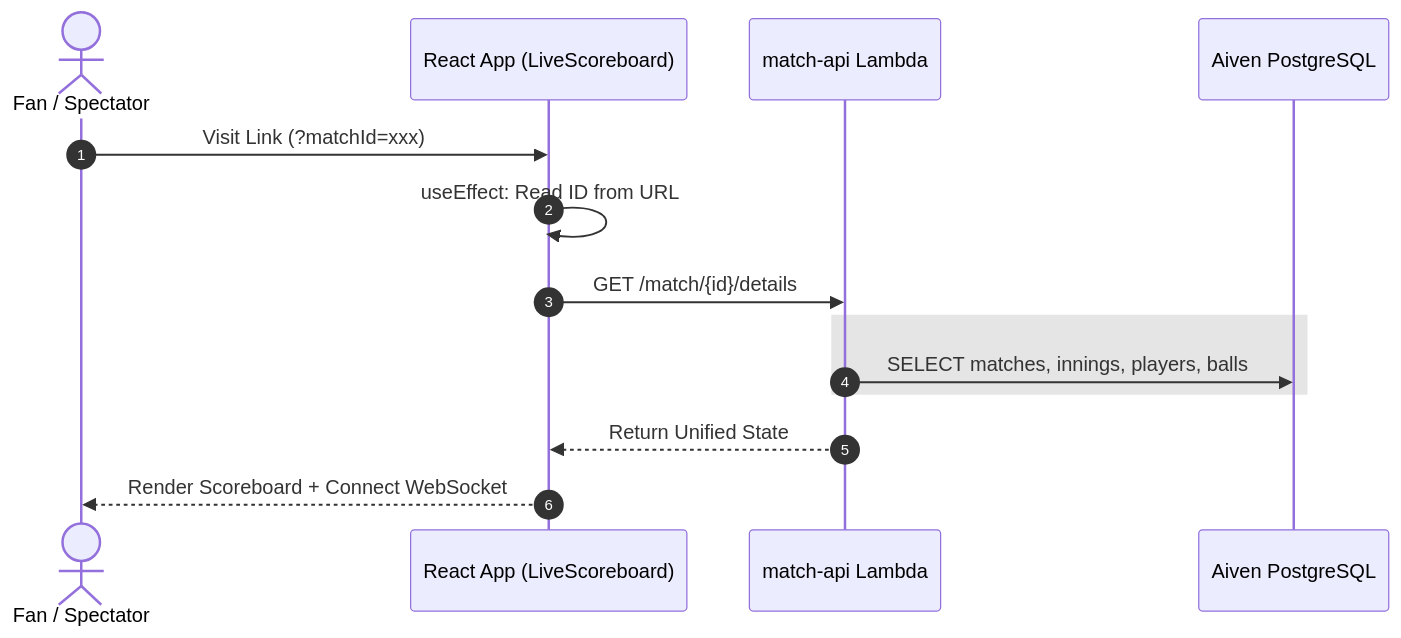
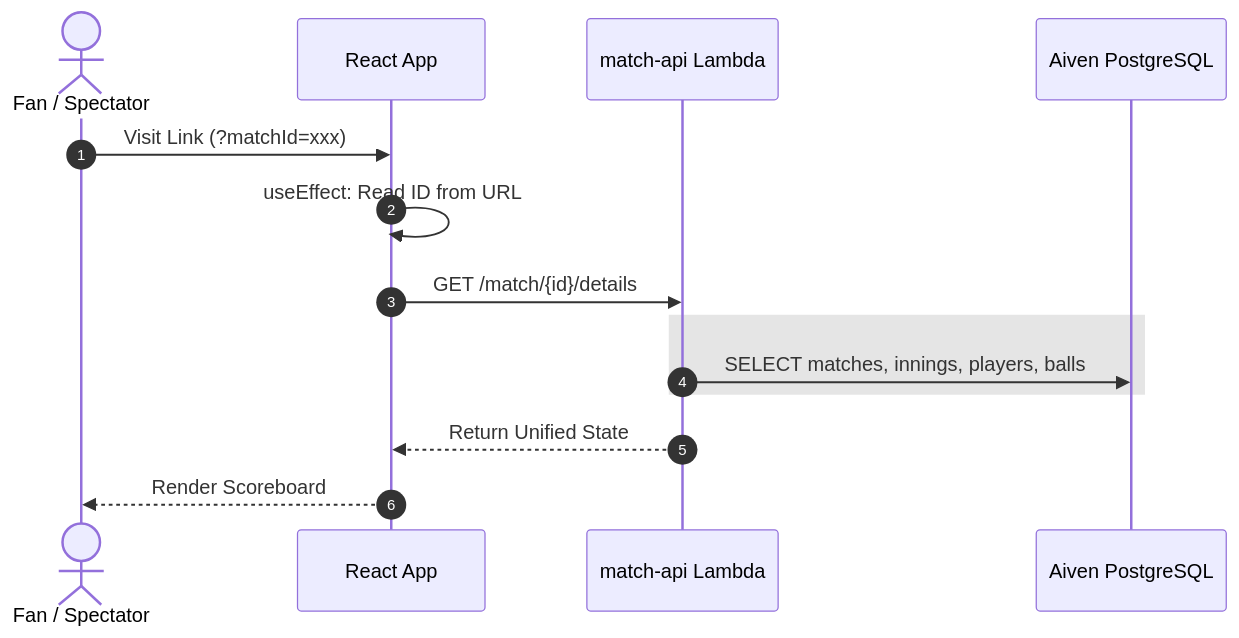
One commit to venkatesh-singamsetty/cricscore changed the first of 2 diagrams in docs/architecture.md. Above: the diagram before and after it, drawn with Mermaid. The commit also changed other lines of this file and 1 other file, not shown here.

Commit message:
docs: restore original architecture diagram in README and sequence flows in architecture.md

````diff
--- a/docs/architecture.md
+++ b/docs/architecture.md
@@ -50,17 +9,17 @@
 ```mermaid
 sequenceDiagram
     autonumber
     actor Viewer as Fan / Spectator
-    participant App as React App (LiveScoreboard)
+    participant App as React App
     participant Lambda as match-api Lambda
     participant Aiven_PG as Aiven PostgreSQL
 
     Viewer->>App: Visit Link (?matchId=xxx)
     App->>App: useEffect: Read ID from URL
     App->>Lambda: GET /match/{id}/details
     rect rgb(0, 0, 0, 0.1)
         Lambda->>Aiven_PG: SELECT matches, innings, players, balls
     end
     Lambda-->>App: Return Unified State
-    App-->>Viewer: Render Scoreboard + Connect WebSocket
+    App-->>Viewer: Render Scoreboard
 ```
````
